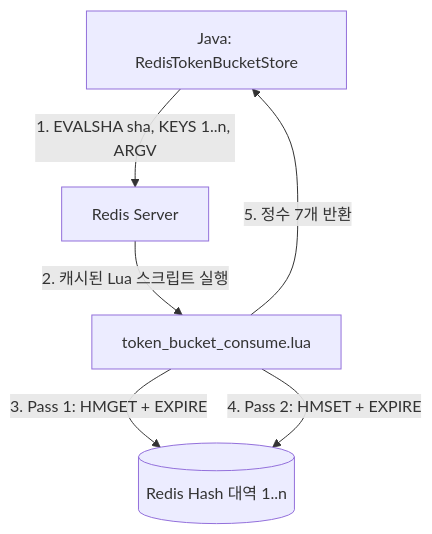
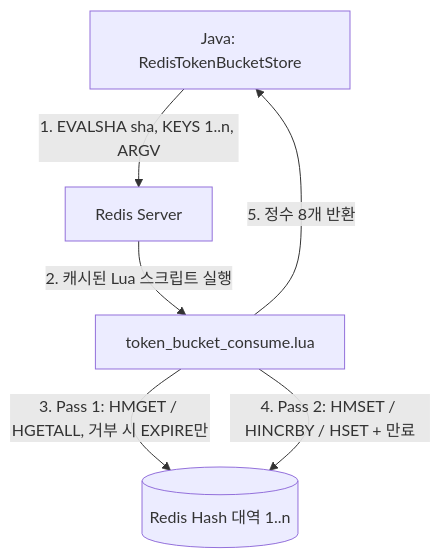
One commit to OpenFluxGate/fluxgate changed the diagram in docs/ko/architecture/deep-dive/ratelimiter-layer.ko.md. Above: the diagram before and after it, drawn with Mermaid. The commit also changed other lines of this file and 37 other files, not shown here.

First line of the commit message:
docs: align the changelog, guides and architecture docs with 0.4

````diff
--- a/docs/ko/architecture/deep-dive/ratelimiter-layer.ko.md
+++ b/docs/ko/architecture/deep-dive/ratelimiter-layer.ko.md
@@ -718,8 +617,8 @@
 ```mermaid
 graph TD
     A[Java: RedisTokenBucketStore] -->|1. EVALSHA sha, KEYS 1..n, ARGV| B[Redis Server]
     B -->|2. 캐시된 Lua 스크립트 실행| C[token_bucket_consume.lua]
-    C -->|3. Pass 1: HMGET + EXPIRE| D[(Redis Hash 대역 1..n)]
-    C -->|4. Pass 2: HMSET + EXPIRE| D
-    C -->|5. 정수 7개 반환| A
+    C -->|3. Pass 1: HMGET / HGETALL, 거부 시 EXPIRE만| D[(Redis Hash 대역 1..n)]
+    C -->|4. Pass 2: HMSET / HINCRBY / HSET + 만료| D
+    C -->|5. 정수 8개 반환| A
 ```
````
